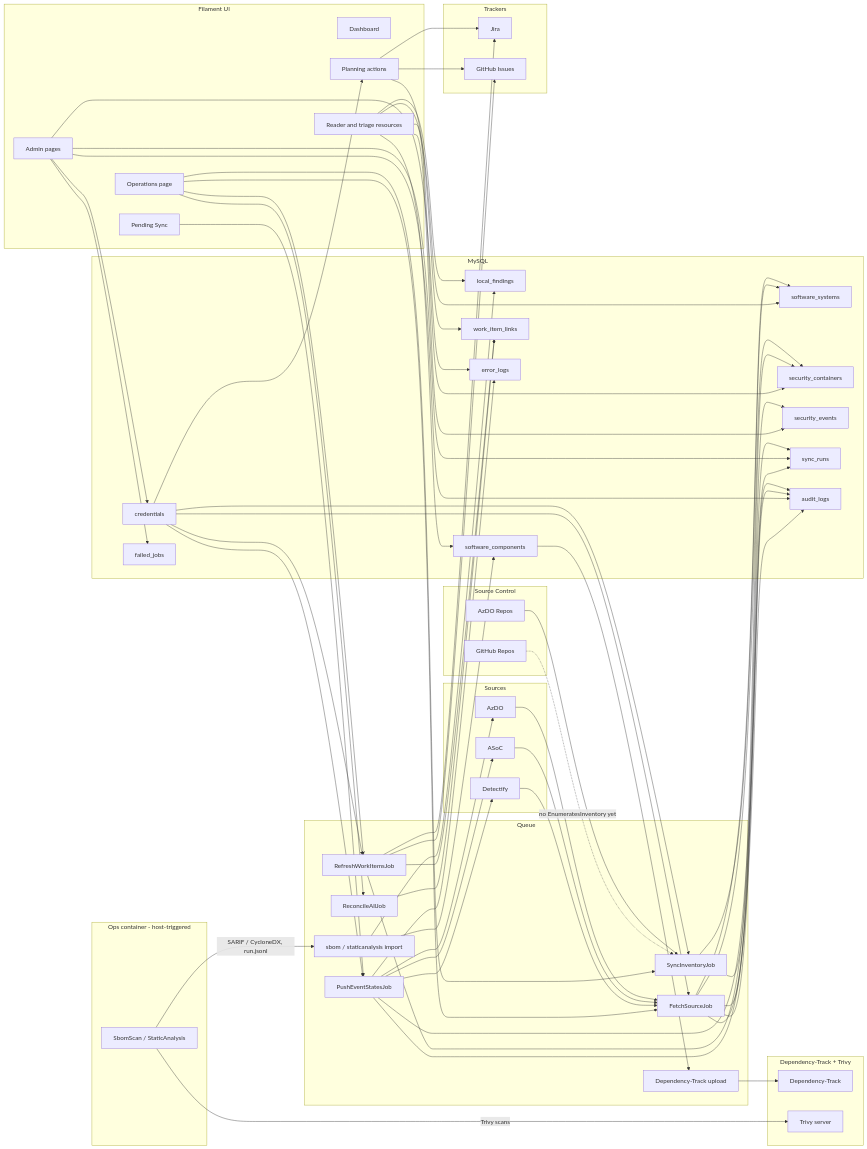
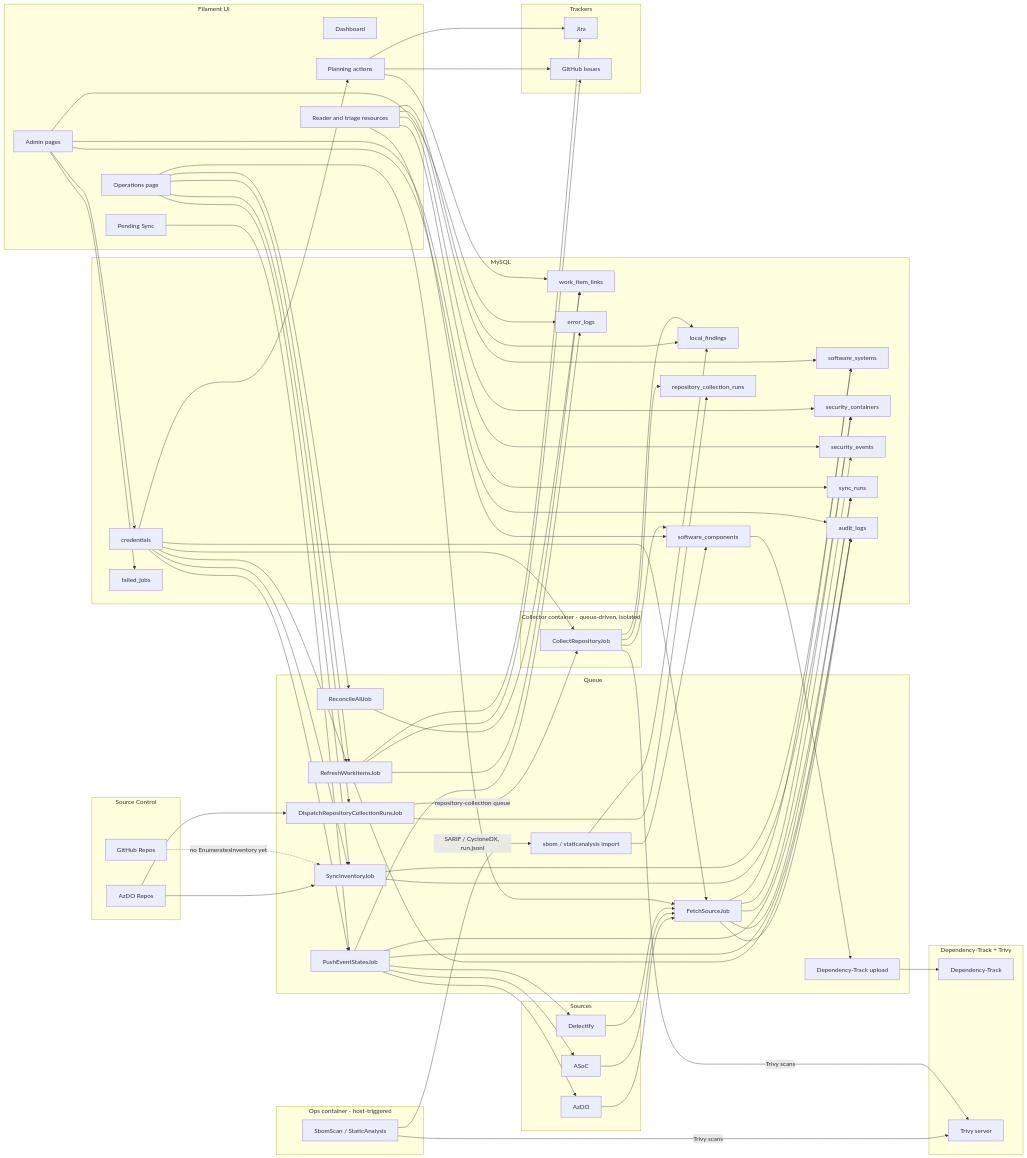
The diagram in docs/architecture.md (metanull/appsec-scout-2), drawn with Mermaid before and after one commit. The commit also changed other lines of this file and 5 other files, not shown here.

First line of the commit message:
Add docs/concepts/repository-collection.md and cross-references

````diff
--- a/docs/architecture.md
+++ b/docs/architecture.md
@@ -27,6 +27,11 @@
         SYNCINV[SyncInventoryJob]
         SBOMIMP[sbom / staticanalysis import]
         DTPUSH[Dependency-Track upload]
+        DISPATCHCOLLECT[DispatchRepositoryCollectionRunsJob]
+    end
+
+    subgraph Collector[Collector container - queue-driven, isolated]
+        COLLECTJOB[CollectRepositoryJob]
     end
 
     subgraph AppDB[MySQL]
@@ -37,6 +42,7 @@
         SC[software_components]
         LINKS[work_item_links]
         RUNS[sync_runs]
+        RUNS2[repository_collection_runs]
         CREDS[credentials]
         AUD[audit_logs]
         ERR[error_logs]
@@ -70,12 +76,14 @@
     ASOC --> FETCH
     DET --> FETCH
     AZDOREPOS --> SYNCINV
+    AZDOREPOS --> DISPATCHCOLLECT
     GHREPOS -.->|no EnumeratesInventory yet| SYNCINV
 
     OPSPAGE --> FETCH
     OPSPAGE --> TRACK
     OPSPAGE --> SYNCINV
     OPSPAGE --> RECON
+    OPSPAGE --> DISPATCHCOLLECT
 
     FETCH --> SYS
     FETCH --> CONT
@@ -121,9 +129,17 @@
     SC --> DTPUSH
     DTPUSH --> DT
 
+    DISPATCHCOLLECT --> RUNS2
+    DISPATCHCOLLECT -->|repository-collection queue| COLLECTJOB
+    COLLECTJOB -->|Trivy scans| TRIVY
+    COLLECTJOB --> LF
+    COLLECTJOB --> SC
+    COLLECTJOB --> RUNS2
+
     CREDS --> FETCH
     CREDS --> TRACK
     CREDS --> PLAN
     CREDS --> PUSH
     CREDS --> SYNCINV
+    CREDS --> COLLECTJOB
 ```
````
